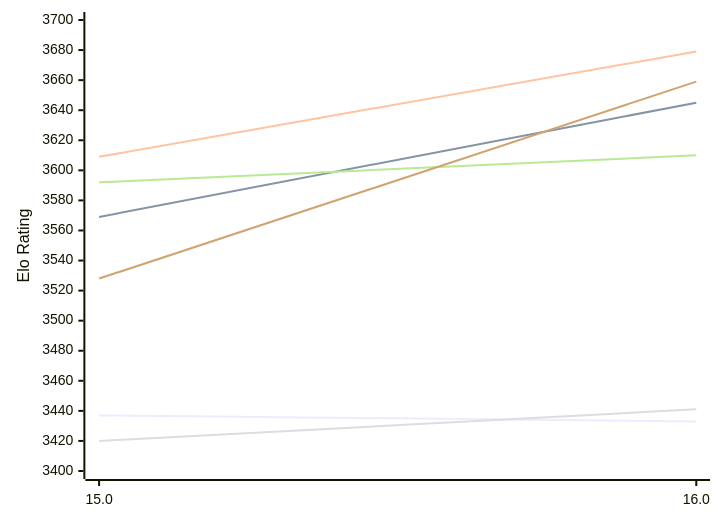
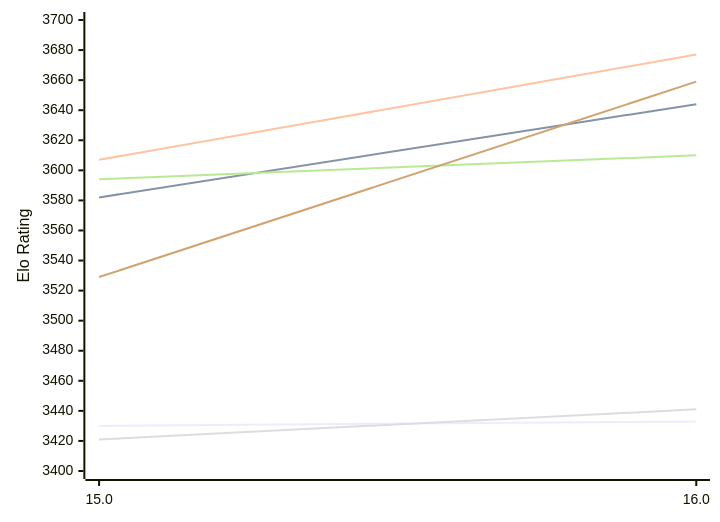
The first of 2 diagrams in engines/Obsidian.md (computer-chess-index/cci), drawn with Mermaid before and after one commit. The commit also changed other lines of this file, not shown here.

Commit message:
Update CCI Ratings (ELO VLTC) - 2026-11-28

````diff
--- a/engines/Obsidian.md
+++ b/engines/Obsidian.md
@@ -52,12 +52,12 @@
 ```mermaid
 %%{init: {"theme":"base","themeVariables":{"seriesColors:['#a3a3a3','#222221','#faa371']}}}%%
 xychart-beta
   x-axis ["15.0", "16.0"]
   y-axis "Elo Rating" 3400 --> 3700
-  line "E1: STC (8.0+0.08s)" [3437, 3433]
-  line "E1: LTC (60.0+0.60s)" [3569, 3645]
-  line "E1: VLTC (2m24s+1.12s)" [3609, 3679]
-  line "P1: STC (8.0+0.08s)" [3420, 3441]
-  line "P1: LTC (60.0+0.60s)" [3592, 3610]
-  line "P1: VLTC (2m24s+1.12s)" [3528, 3659]
+  line "E1: STC (8.0+0.08s)" [3430, 3433]
+  line "E1: LTC (60.0+0.60s)" [3582, 3644]
+  line "E1: VLTC (2m24s+1.12s)" [3607, 3677]
+  line "P1: STC (8.0+0.08s)" [3421, 3441]
+  line "P1: LTC (60.0+0.60s)" [3594, 3610]
+  line "P1: VLTC (2m24s+1.12s)" [3529, 3659]
 ```
````
